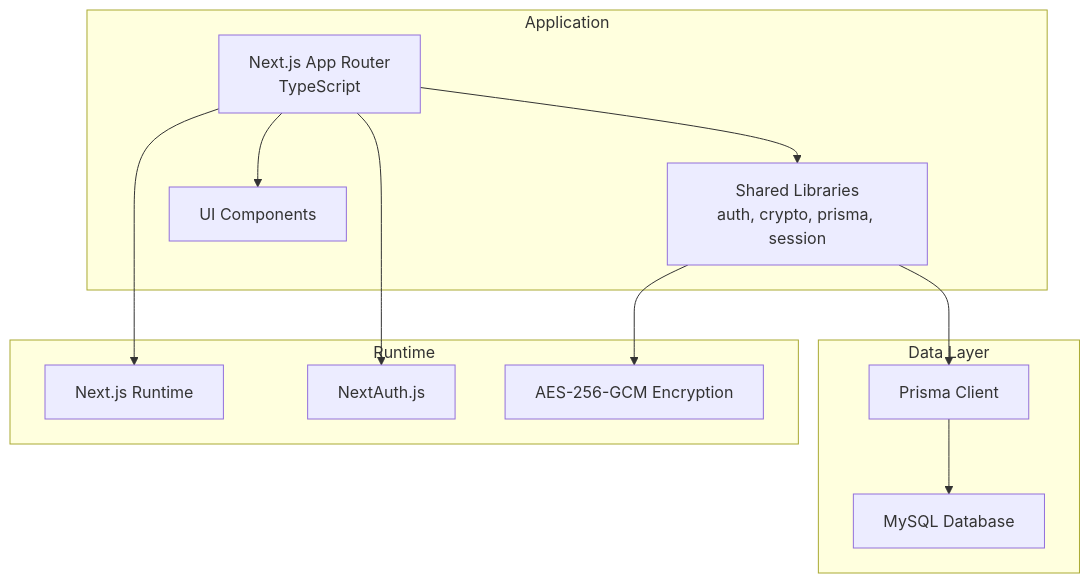
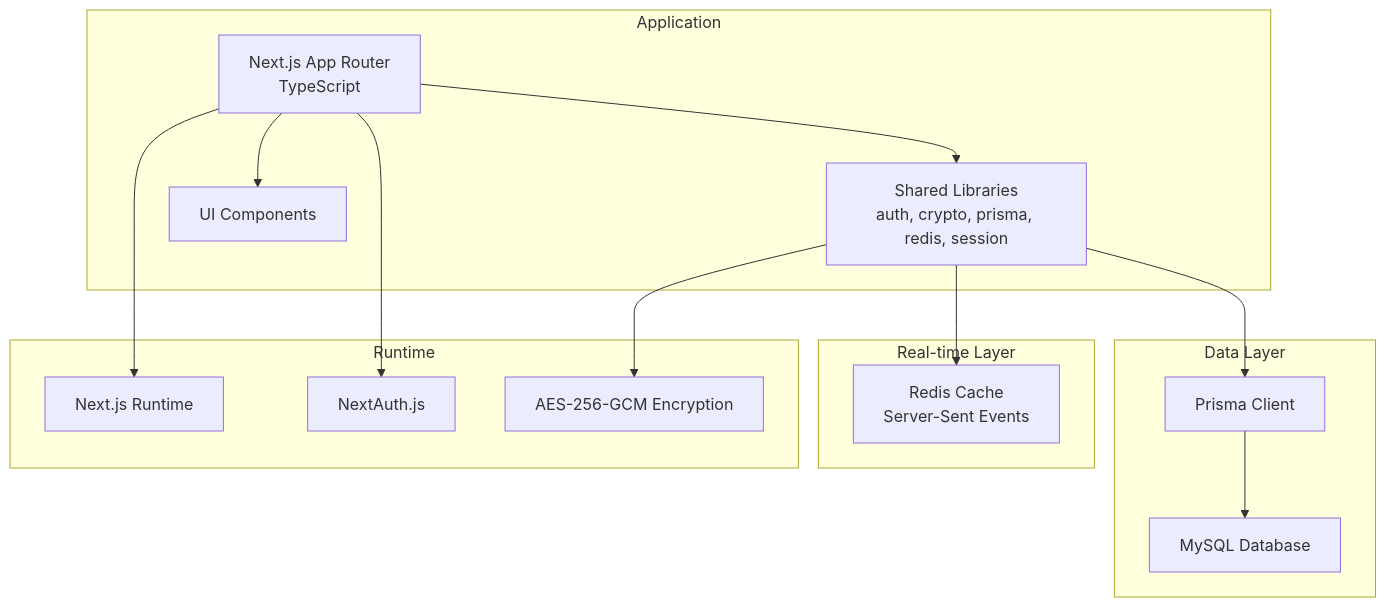
The first of 9 diagrams in .qoder/repowiki/en/content/Deployment and Operations/Deployment and Operations.md (jrj444/git-daily), drawn with Mermaid before and after one commit. The commit also changed other lines of this file and 6 other files, not shown here.

````diff
--- a/.qoder/repowiki/en/content/Deployment and Operations/Deployment and Operations.md
+++ b/.qoder/repowiki/en/content/Deployment and Operations/Deployment and Operations.md
@@ -47,24 +51,28 @@
 ```mermaid
 graph TB
 subgraph "Application"
 APP["Next.js App Router<br/>TypeScript"]
-LIB["Shared Libraries<br/>auth, crypto, prisma, session"]
+LIB["Shared Libraries<br/>auth, crypto, prisma, redis, session"]
 CMPS["UI Components"]
 end
 subgraph "Data Layer"
 PRISMA["Prisma Client"]
 MYSQL["MySQL Database"]
+end
+subgraph "Real-time Layer"
+REDIS["Redis Cache<br/>Server-Sent Events"]
 end
 subgraph "Runtime"
 NEXT["Next.js Runtime"]
 AUTH["NextAuth.js"]
 CRYPTO["AES-256-GCM Encryption"]
 end
 APP --> LIB
 APP --> CMPS
 LIB --> PRISMA
+LIB --> REDIS
 PRISMA --> MYSQL
 APP --> NEXT
 APP --> AUTH
 LIB --> CRYPTO
 ```
````
